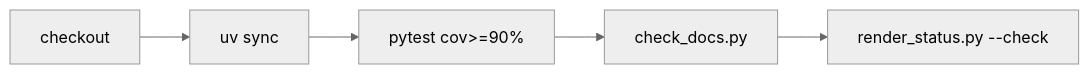
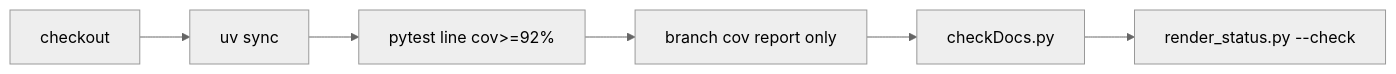
The diagram in .github/workflows/README.md (witzbeck/mtg-loop-engine), drawn with Mermaid (neutral theme) before and after one commit. The commit also changed other lines of this file and 12 other files, not shown here.

````diff
--- a/.github/workflows/README.md
+++ b/.github/workflows/README.md
@@ -11,7 +11,8 @@
 ```mermaid
 graph LR;
   checkout[checkout] --> uv[uv sync];
-  uv --> pytest[pytest cov>=90%];
-  pytest --> checkDocs[check_docs.py];
+  uv --> pytest[pytest line cov>=92%];
+  pytest --> branchReport[branch cov report only];
+  branchReport --> checkDocs[checkDocs.py];
   checkDocs --> status[render_status.py --check];
 ```
````
